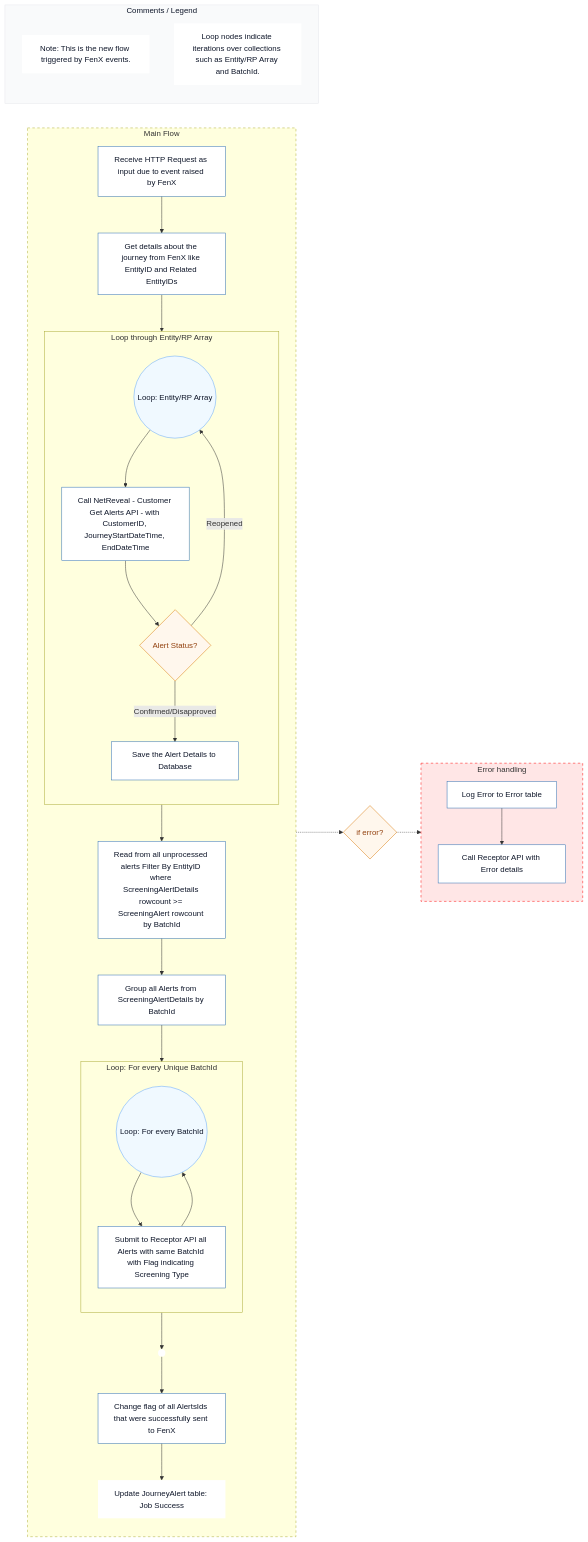
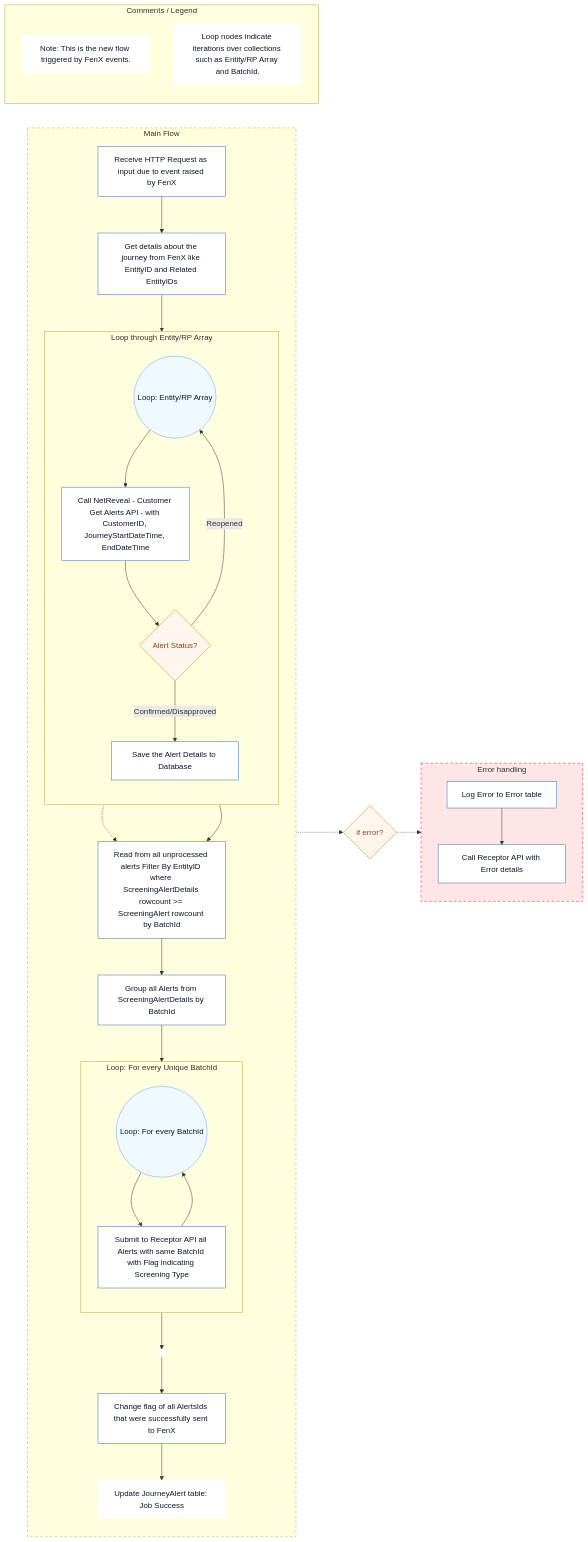
One commit to jojokoshy/Architecture_Diagrams_Python_AI changed the diagram in Arch_Diagrams/v2/AlertsFlowv2v2.mmd. Above: the diagram before and after it, drawn with Mermaid. The commit also changed 1 other file, not shown here.

```diff
--- a/Arch_Diagrams/v2/AlertsFlowv2v2.mmd
+++ b/Arch_Diagrams/v2/AlertsFlowv2v2.mmd
@@ -1,69 +1,79 @@
 %%{init: {"theme":"default","themeVariables": {"background":"#ffffff","fontSize":"14"}}}%%
 flowchart LR
 
 %% Shared styles
 classDef step fill:#ffffff,stroke:#2b6cb0,color:#0f172a,stroke-width:1px;
 classDef decision fill:#fff7ed,stroke:#d97706,color:#92400e,stroke-width:1px;
 classDef loop fill:#f0f9ff,stroke:#60a5fa,color:#0f172a,stroke-width:1px;
 classDef footer fill:#ffffff,stroke:none,color:#0f172a;
+
+
+%% Comments / Legend (kept at top)
+subgraph Comments [Comments / Legend]
+  direction TB
+  style Comments fill:#f9fafb,stroke:#e5e7eb,color:#0f172a,stroke-width:1px;
+  note1[Note: This is the new flow triggered by FenX events.]:::footer
+  note2[Loop nodes indicate iterations over collections such as Entity/RP Array and BatchId.]:::footer
+end
 
 subgraph MainFlow [Main Flow]
   direction TB
 
   A[Receive HTTP Request as input due to event raised by FenX]:::step --> B[Get details about the journey from FenX like EntityID and Related EntityIDs]:::step
   B --> AlertsLoopStart((Loop: Entity/RP Array)):::loop
 
   subgraph AlertsLoop [Loop through Entity/RP Array]
     direction TB
     AlertsLoopStart --> C[Call NetReveal - Customer Get Alerts API - with CustomerID, JourneyStartDateTime, EndDateTime]:::step
     C --> D{Alert Status?}:::decision
     D -->|Confirmed/Disapproved| E[Save the Alert Details to Database]:::step
     D -->|Reopened| AlertsLoopStart
   end
 
   AlertsLoop --> F1[Read from all unprocessed alerts Filter By EntityID where ScreeningAlertDetails rowcount >= ScreeningAlert rowcount by BatchId]:::step
+  E -.-> F1
 
   F1 --> J1[Group all Alerts from ScreeningAlertDetails by BatchId]:::step
 
   J1 --> BatchLoopStart((Loop: For every BatchId)):::loop
 
   subgraph BatchLoop [Loop: For every Unique BatchId]
     direction TB
     BatchLoopStart --> J2[Submit to Receptor API all Alerts with same BatchId with Flag indicating Screening Type]:::step
     J2 --> BatchLoopStart
   end
 
   BatchLoop --> BottomAnchor(( ))
 
   BottomAnchor --> N[Change flag of all AlertsIds that were successfully sent to FenX]:::step
   N --> O[Update JourneyAlert table: Job Success]:::footer
 end
 
 style MainFlow stroke-dasharray: 5 5
 
 %% Decision between main and error blocks
 IfError{if error?}:::decision
 
 %% Error handling block to the right
 subgraph ErrorHandler [Error handling]
   direction TB
   EH1[Log Error to Error table]:::step
   EH2[Call Receptor API with Error details]:::step
   EH1 --> EH2
 end
 
 style ErrorHandler fill:#ffe6e6,stroke:#ff0000,stroke-dasharray: 5 5
 
-%% Connections: only between blocks (not individual nodes)
-MainFlow -.-> IfError
-IfError -.-> ErrorHandler
-
-%% Comments  Legend keep below
+%% Comments / Legend: place at right of Main Flow to avoid vertical scroll
 subgraph Comments [Comments / Legend]
   direction TB
   style Comments fill:#f9fafb,stroke:#e5e7eb,color:#0f172a,stroke-width:1px;
   note1[Note: This is the new flow triggered by FenX events.]:::footer
   note2[Loop nodes indicate iterations over collections such as Entity/RP Array and BatchId.]:::footer
 end
 
+%% Connections: only between blocks (not individual nodes)
+MainFlow -.-> IfError
+IfError -.-> ErrorHandler
+
 class BottomAnchor footer
```
